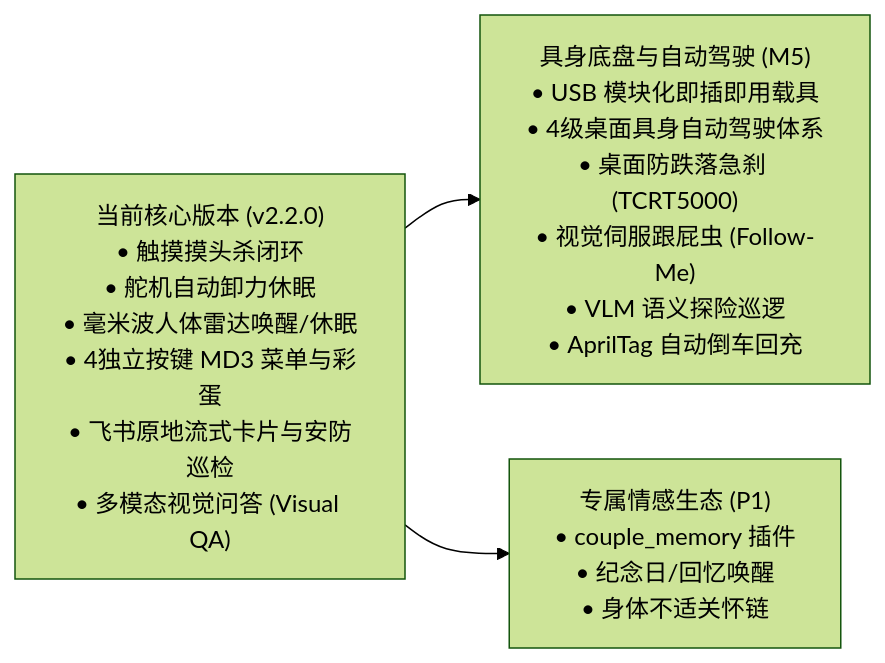
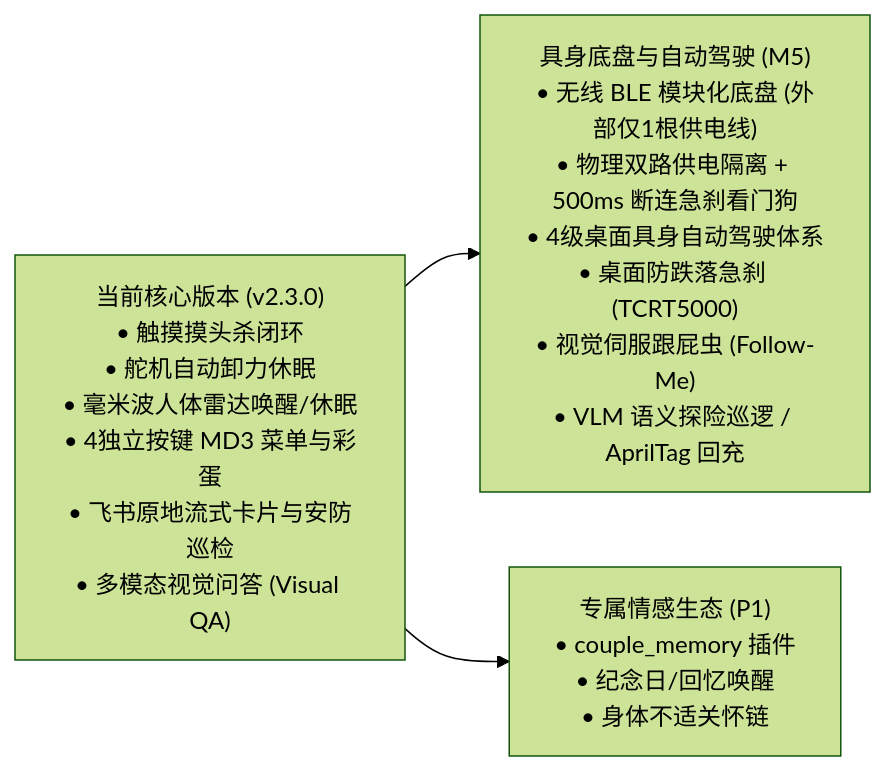
One commit to Yugle/PIG changed the first of 3 diagrams in docs/ROADMAP.md. Above: the diagram before and after it, drawn with Mermaid (forest theme). The commit also changed other lines of this file, not shown here.

Commit message:
docs(roadmap): 升级 M5 无线 BLE 动力底盘架构与完整硬件 BOM 清单 (v2.3.0)

````diff
--- a/docs/ROADMAP.md
+++ b/docs/ROADMAP.md
@@ -21,9 +21,9 @@
 ```mermaid
 flowchart LR
-    Current["当前核心版本 (v2.2.0)<br/>• 触摸摸头杀闭环<br/>• 舵机自动卸力休眠<br/>• 毫米波人体雷达唤醒/休眠<br/>• 4独立按键 MD3 菜单与彩蛋<br/>• 飞书原地流式卡片与安防巡检<br/>• 多模态视觉问答 (Visual QA)"]
-    NextM5["具身底盘与自动驾驶 (M5)<br/>• USB 模块化即插即用载具<br/>• 4级桌面具身自动驾驶体系<br/>• 桌面防跌落急刹 (TCRT5000)<br/>• 视觉伺服跟屁虫 (Follow-Me)<br/>• VLM 语义探险巡逻<br/>• AprilTag 自动倒车回充"]
+    Current["当前核心版本 (v2.3.0)<br/>• 触摸摸头杀闭环<br/>• 舵机自动卸力休眠<br/>• 毫米波人体雷达唤醒/休眠<br/>• 4独立按键 MD3 菜单与彩蛋<br/>• 飞书原地流式卡片与安防巡检<br/>• 多模态视觉问答 (Visual QA)"]
+    NextM5["具身底盘与自动驾驶 (M5)<br/>• 无线 BLE 模块化底盘 (外部仅1根供电线)<br/>• 物理双路供电隔离 + 500ms 断连急刹看门狗<br/>• 4级桌面具身自动驾驶体系<br/>• 桌面防跌落急刹 (TCRT5000)<br/>• 视觉伺服跟屁虫 (Follow-Me)<br/>• VLM 语义探险巡逻 / AprilTag 回充"]
     NextP1["专属情感生态 (P1)<br/>• couple_memory 插件<br/>• 纪念日/回忆唤醒<br/>• 身体不适关怀链"]
 
     Current --> NextM5
     Current --> NextP1
 ```
````
